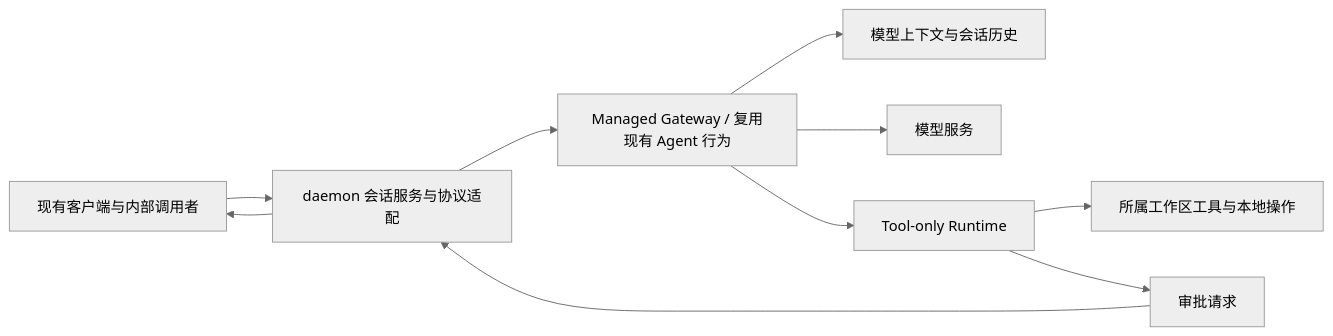
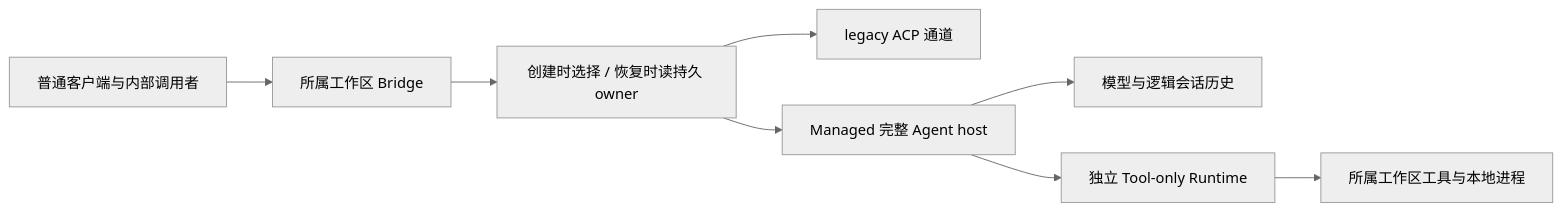
The diagram in qwen-code/feature/managed-agents/managed-agent-daemon-default.md (doudouOUC/code_agent), drawn with Mermaid (neutral theme) before and after one commit. The commit also changed other lines of this file and 8 other files, not shown here.

Commit message:
docs: Unify Managed daemon roadmap and acceptance matrix

````diff
--- a/qwen-code/feature/managed-agents/managed-agent-daemon-default.md
+++ b/qwen-code/feature/managed-agents/managed-agent-daemon-default.md
@@ -82,12 +17,10 @@
 ```mermaid
 flowchart LR
-    C[现有客户端与内部调用者] --> F[daemon 会话服务与协议适配]
-    F --> G[Managed Gateway / 复用现有 Agent 行为]
-    G --> H[模型上下文与会话历史]
-    G --> P[模型服务]
-    G --> R[Tool-only Runtime]
-    R --> W[所属工作区工具与本地操作]
-    R --> Q[审批请求]
-    Q --> F
-    F --> C
+    C[普通客户端与内部调用者] --> B[所属工作区 Bridge]
+    B --> O[创建时选择 / 恢复时读持久 owner]
+    O --> L[legacy ACP 通道]
+    O --> G[Managed 完整 Agent host]
+    G --> M[模型与逻辑会话历史]
+    G --> R[独立 Tool-only Runtime]
+    R --> W[所属工作区工具与本地进程]
 ```
````
